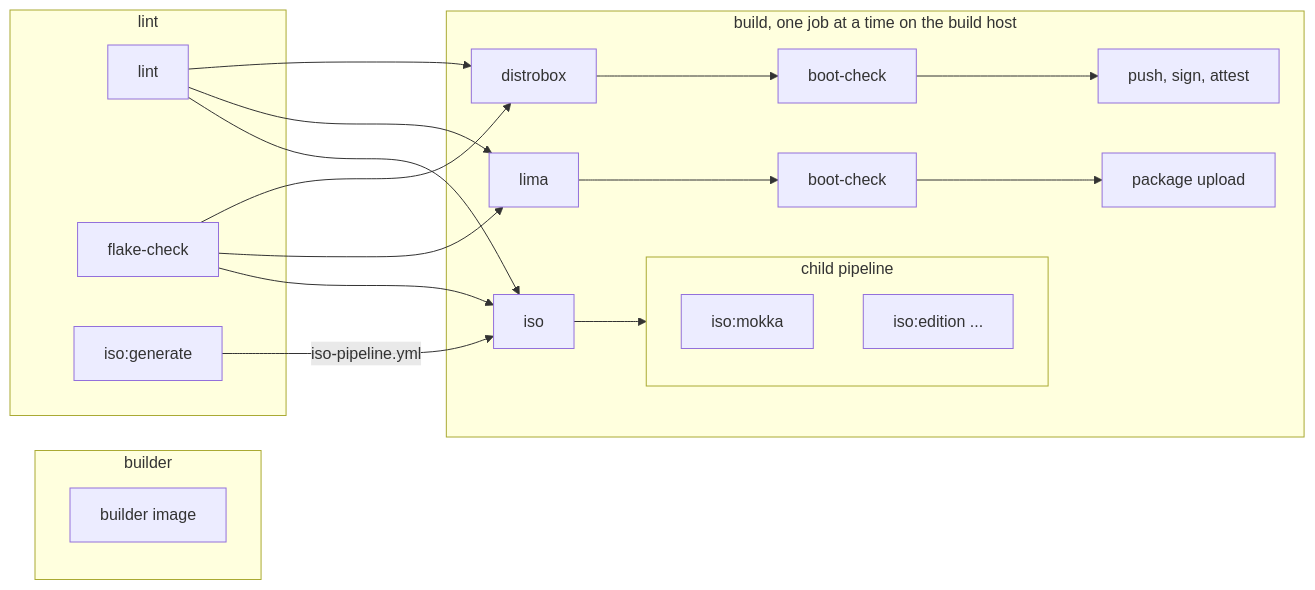
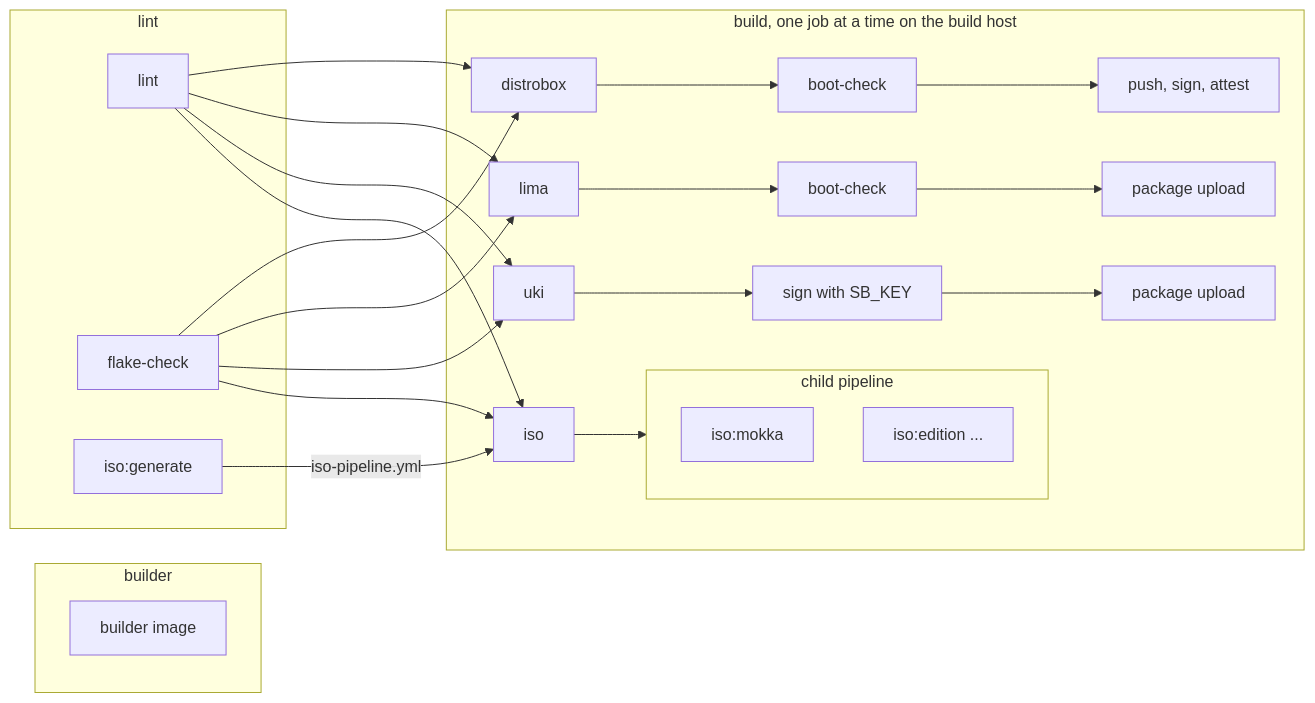
One commit to garuda-linux/image-builder changed the diagram in docs/ci.md. Above: the diagram before and after it, drawn with Mermaid. The commit also changed other lines of this file and 17 other files, not shown here.

````diff
--- a/docs/ci.md
+++ b/docs/ci.md
@@ -49,26 +50,27 @@
 ```mermaid
 flowchart LR
   subgraph s1 [builder]
     builder[builder image]
   end
 
   subgraph s2 [lint]
     lint[lint]
     flake[flake-check]
     generate[iso:generate]
   end
 
   subgraph s3 [build, one job at a time on the build host]
     distrobox[distrobox] --> dcheck[boot-check] --> publish[push, sign, attest]
     lima[lima] --> lcheck[boot-check] --> upload[package upload]
+    uki[uki] --> usign[sign with SB_KEY] --> uupload[package upload]
     trigger[iso] --> child
 
     subgraph child [child pipeline]
       edition1[iso:mokka]
       edition2[iso:edition ...]
     end
   end
 
-  lint & flake --> distrobox & lima & trigger
+  lint & flake --> distrobox & lima & uki & trigger
   generate -- iso-pipeline.yml --> trigger
 ```
````
